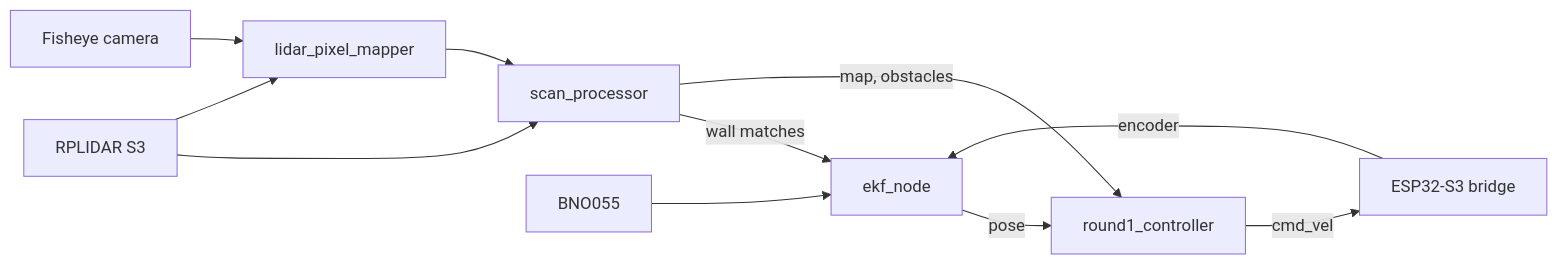
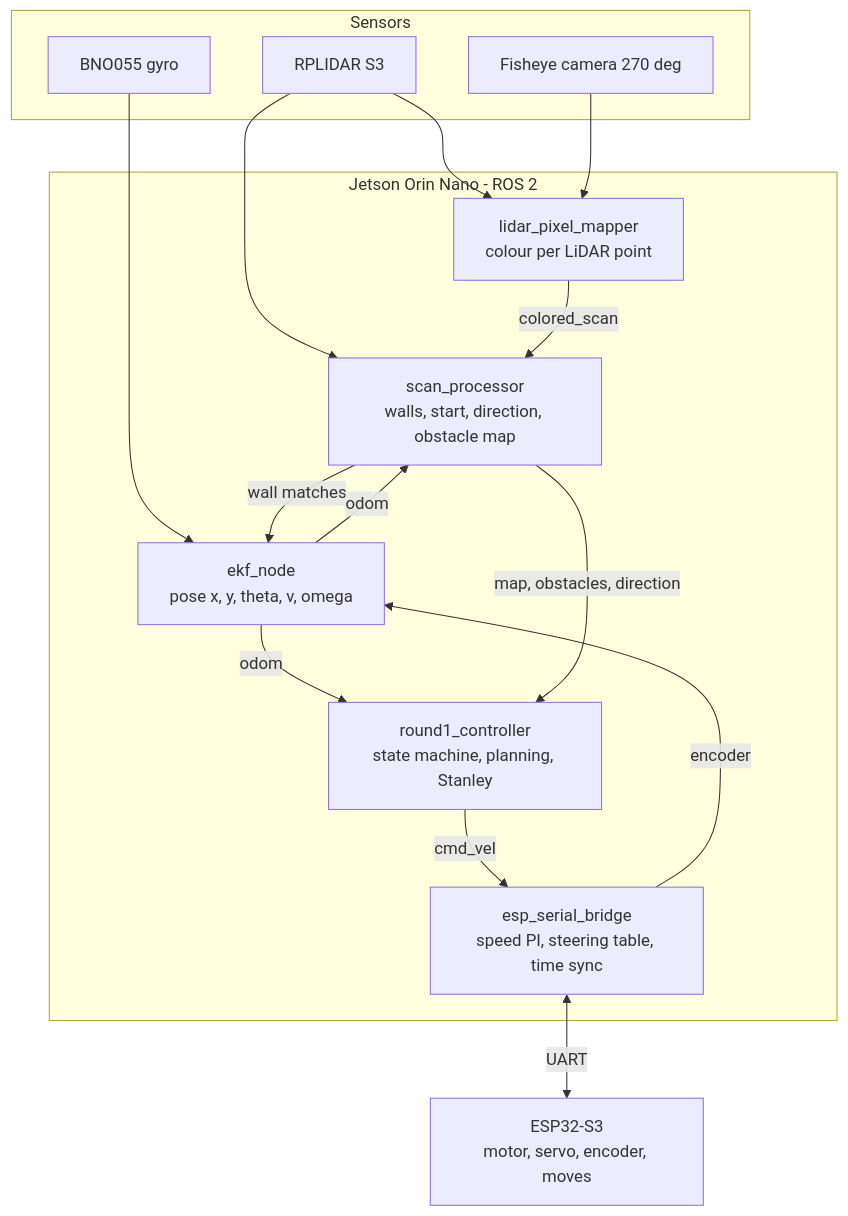
One commit to Mac-Lego-RMS/JetsonOrinNano changed the first of 2 diagrams in docs/journal/04-software.md. Above: the diagram before and after it, drawn with Mermaid. The commit also changed other lines of this file and 1 other file, not shown here.

````diff
--- a/docs/journal/04-software.md
+++ b/docs/journal/04-software.md
@@ -22,13 +25,28 @@
 ```mermaid
-flowchart LR
-  lidar[RPLIDAR S3] --> scan[scan_processor]
-  cam[Fisheye camera] --> fusion[lidar_pixel_mapper]
+flowchart TB
+  subgraph Sensors
+    lidar[RPLIDAR S3]
+    cam[Fisheye camera 270 deg]
+    imu[BNO055 gyro]
+  end
+  subgraph Jetson["Jetson Orin Nano - ROS 2"]
+    fusion[lidar_pixel_mapper<br/>colour per LiDAR point]
+    scan[scan_processor<br/>walls, start, direction, obstacle map]
+    ekf[ekf_node<br/>pose x, y, theta, v, omega]
+    ctrl[round1_controller<br/>state machine, planning, Stanley]
+    bridge[esp_serial_bridge<br/>speed PI, steering table, time sync]
+  end
+  esp[ESP32-S3<br/>motor, servo, encoder, moves]
   lidar --> fusion
-  fusion --> scan
-  imu[BNO055] --> ekf[ekf_node]
-  esp[ESP32-S3 bridge] -- encoder --> ekf
+  cam --> fusion
+  lidar --> scan
+  fusion -- colored_scan --> scan
+  imu --> ekf
   scan -- wall matches --> ekf
-  ekf -- pose --> ctrl[round1_controller]
-  scan -- map, obstacles --> ctrl
-  ctrl -- cmd_vel --> esp
+  bridge -- encoder --> ekf
+  ekf -- odom --> scan
+  ekf -- odom --> ctrl
+  scan -- map, obstacles, direction --> ctrl
+  ctrl -- cmd_vel --> bridge
+  bridge <-- UART --> esp
 ```
````
